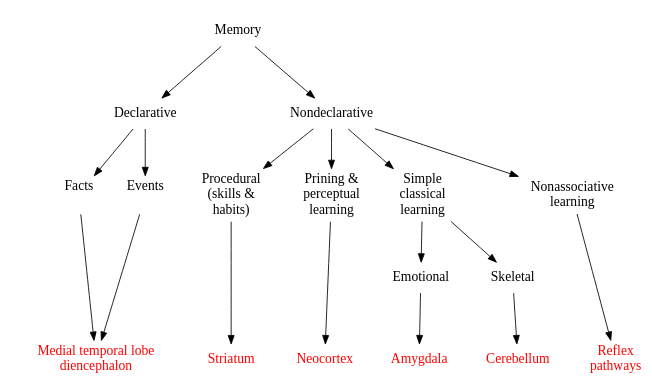
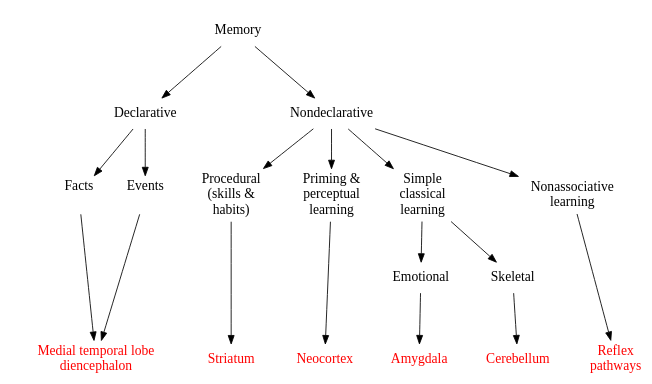
Before and after one commit to Derek-Jones/ESEUR-code-data: the diagram in not_R/long-term-mem.dot, drawn with Graphviz. The commit also changed 117 other files, not shown here.

```diff
--- a/not_R/long-term-mem.dot
+++ b/not_R/long-term-mem.dot
@@ -1,84 +1,84 @@
                     /* long-term-mem.dot, 27 Oct 16 */
 
 /*
  * Inspired/modeled on:
  * Figure 1 from
  * Conscious and Unconscious Memory Systems
  * Larry R. Squire and Adam J. O. Dede
 */
 
 digraph G {
 
    nojustify=true;
    ranksep = equally ;
    arrowsize=0.4;
    size = "3.5,2.0";
    ratio = fill;
    dpi=100;
    {
    node [color = white, shape = plaintext, fontsize = 16];
 /*   rankdir = TB;  */
 
 Memory -> Declarative;
 Memory -> Nondeclarative;
 
 Declarative -> Facts;
 Declarative -> Events;
 
 Facts -> Medial_tld
 Events -> Medial_tld
 
 Nondeclarative -> Procedural;
 Nondeclarative -> Priming;
 Nondeclarative -> Simple_classical_conditioning;
 Nondeclarative -> Nonassociative_learning;
 
 Simple_classical_conditioning -> Emotional;
 Simple_classical_conditioning -> Skeletal;
 
 Procedural -> Striatum;
 Priming -> Neocortex;
 Emotional -> Amygdala;
 Skeletal -> Cerebellum;
 
 Nonassociative_learning -> Reflex;
 
    }
 
    node[color=white, shape = plaintext, fontsize=16];
    nodesep=0.15;
    minlen=0.2;
 
    edge[dir=forward];
 /*   rankdir = LR; */
 
 
    {rank = same;
 	Declarative;
 	Nondeclarative;
    }
 
    {rank = same;
 	 Facts[label="Facts\n\n"];
 	 Events[label="Events\n\n"];
 	 Procedural[label="Procedural\n(skills &\nhabits)"];
-	 Priming[label="Prining &\nperceptual\nlearning"];
+	 Priming[label="Priming &\nperceptual\nlearning"];
 	 Simple_classical_conditioning[label="Simple\nclassical\nlearning"];
 	 Nonassociative_learning[label="Nonassociative\nlearning\n"];
    }
 
    {rank = same;
 	Emotional;
 	Skeletal;
    }
 
    {rank = same;
 	 Medial_tld[label="Medial temporal lobe\ndiencephalon"; fontcolor="red"];
 	 Striatum[fontcolor="red"];
 	 Neocortex[fontcolor="red"];
 	 Amygdala[fontcolor="red"];
 	 Cerebellum[fontcolor="red"];
 	 Reflex[label="Reflex\npathways"; fontcolor="red"];
    }
 
 }
```
